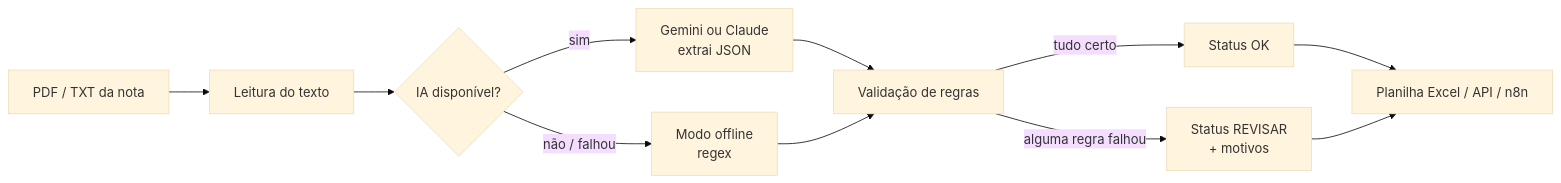
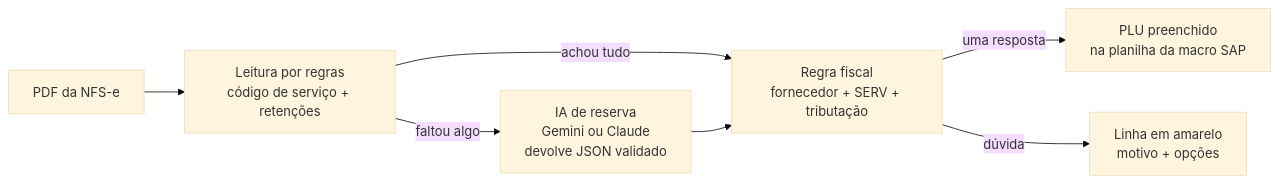
Before and after one commit to Neres73/extrator-notas-ia: the diagram in README.md, drawn with Mermaid (base theme). The commit also changed other lines of this file and 80 other files, not shown here.

First line of the commit message:
Redesenha o projeto: assistente de PLU para NFS-e com IA de reserva

````diff
--- a/README.md
+++ b/README.md
@@ -18,13 +13,9 @@
 ```mermaid
 flowchart LR
-    A[PDF / TXT da nota] --> B[Leitura do texto]
-    B --> C{IA disponível?}
-    C -- sim --> D[Gemini ou Claude<br/>extrai JSON]
-    C -- não / falhou --> E[Modo offline<br/>regex]
-    D --> F[Validação de regras]
-    E --> F
-    F -- tudo certo --> G[Status OK]
-    F -- alguma regra falhou --> H[Status REVISAR<br/>+ motivos]
-    G --> I[Planilha Excel / API / n8n]
-    H --> I
+    A[PDF da NFS-e] --> B[Leitura por regras<br/>código de serviço + retenções]
+    B -- achou tudo --> D
+    B -- faltou algo --> C[IA de reserva<br/>Gemini ou Claude<br/>devolve JSON validado]
+    C --> D[Regra fiscal<br/>fornecedor + SERV + tributação]
+    D -- uma resposta --> E[PLU preenchido<br/>na planilha da macro SAP]
+    D -- dúvida --> F[Linha em amarelo<br/>motivo + opções]
 ```
````
